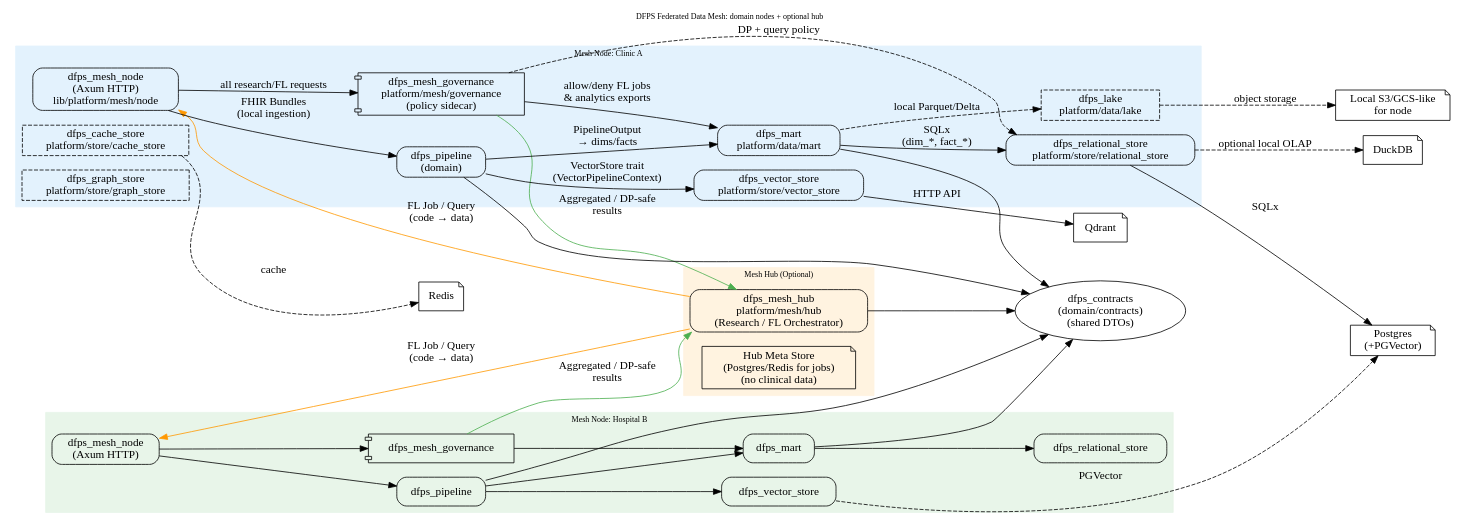
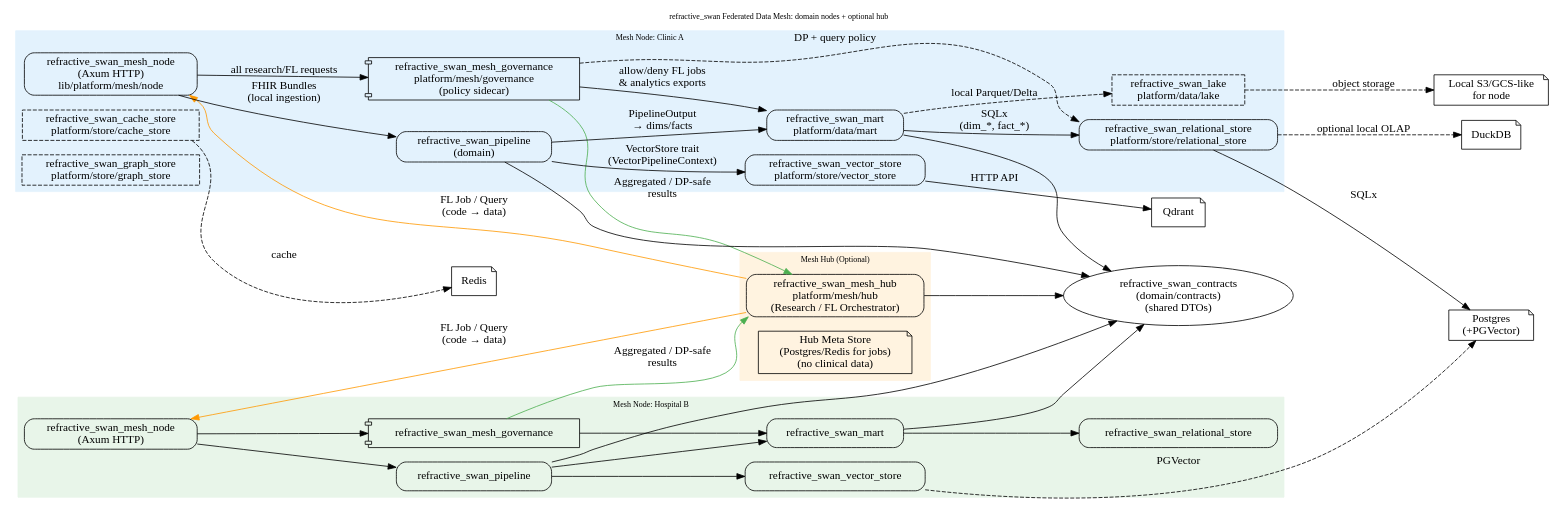
Before and after one commit to RefractiveSwan/monobase: the diagram in docs/system-design/base/current-architecture.dot, drawn with Graphviz. The commit also changed 337 other files, not shown here.

Commit message:
Changed everything to reflect current architecture

```diff
--- a/docs/system-design/base/current-architecture.dot
+++ b/docs/system-design/base/current-architecture.dot
@@ -1,101 +1,101 @@
-digraph DFPS_Mesh {
+digraph refractive_swan_Mesh {
     rankdir=LR;
     fontsize=10;
     labelloc="t";
-    label="DFPS Federated Data Mesh: domain nodes + optional hub";
+    label="refractive_swan Federated Data Mesh: domain nodes + optional hub";
 
     node [shape=box, style=rounded];
 
     // Mesh Hub (optional)
     subgraph cluster_hub {
         label="Mesh Hub (Optional)";
         style=filled;
         color="#fff3e0";
 
-        hub_api   [label="dfps_mesh_hub\nplatform/mesh/hub\n(Research / FL Orchestrator)"];
+        hub_api   [label="refractive_swan_mesh_hub\nplatform/mesh/hub\n(Research / FL Orchestrator)"];
         hub_store [label="Hub Meta Store\n(Postgres/Redis for jobs)\n(no clinical data)", shape=note];
     }
 
     // Node 1
     subgraph cluster_node1 {
         label="Mesh Node: Clinic A";
         style=filled;
         color="#e3f2fd";
 
-        node1_api    [label="dfps_mesh_node\n(Axum HTTP)\nlib/platform/mesh/node"];
-        node1_gov    [label="dfps_mesh_governance\nplatform/mesh/governance\n(policy sidecar)", shape=component];
+        node1_api    [label="refractive_swan_mesh_node\n(Axum HTTP)\nlib/platform/mesh/node"];
+        node1_gov    [label="refractive_swan_mesh_governance\nplatform/mesh/governance\n(policy sidecar)", shape=component];
 
-        node1_pipeline [label="dfps_pipeline\n(domain)"];
-        node1_mart     [label="dfps_mart\nplatform/data/mart"];
-        node1_rel      [label="dfps_relational_store\nplatform/store/relational_store"];
-        node1_vec      [label="dfps_vector_store\nplatform/store/vector_store"];
-        node1_cache    [label="dfps_cache_store\nplatform/store/cache_store", style=dashed];
-        node1_graph    [label="dfps_graph_store\nplatform/store/graph_store", style=dashed];
-        node1_lake     [label="dfps_lake\nplatform/data/lake", style=dashed];
+        node1_pipeline [label="refractive_swan_pipeline\n(domain)"];
+        node1_mart     [label="refractive_swan_mart\nplatform/data/mart"];
+        node1_rel      [label="refractive_swan_relational_store\nplatform/store/relational_store"];
+        node1_vec      [label="refractive_swan_vector_store\nplatform/store/vector_store"];
+        node1_cache    [label="refractive_swan_cache_store\nplatform/store/cache_store", style=dashed];
+        node1_graph    [label="refractive_swan_graph_store\nplatform/store/graph_store", style=dashed];
+        node1_lake     [label="refractive_swan_lake\nplatform/data/lake", style=dashed];
 
         node1_api -> node1_gov    [label="all research/FL requests"];
         node1_api -> node1_pipeline [label="FHIR Bundles\n(local ingestion)"];
         node1_pipeline -> node1_mart [label="PipelineOutput\n→ dims/facts"];
         node1_mart -> node1_rel     [label="SQLx\n(dim_*, fact_*)"];
 
         node1_pipeline -> node1_vec [label="VectorStore trait\n(VectorPipelineContext)"];
         node1_mart -> node1_lake    [label="local Parquet/Delta", style=dashed];
 
         node1_gov -> node1_mart     [label="allow/deny FL jobs\n& analytics exports"];
         node1_gov -> node1_rel      [label="DP + query policy", style=dashed];
     }
 
     // Node 2 (another domain)
     subgraph cluster_node2 {
         label="Mesh Node: Hospital B";
         style=filled;
         color="#e8f5e9";
 
-        node2_api    [label="dfps_mesh_node\n(Axum HTTP)"];
-        node2_gov    [label="dfps_mesh_governance", shape=component];
+        node2_api    [label="refractive_swan_mesh_node\n(Axum HTTP)"];
+        node2_gov    [label="refractive_swan_mesh_governance", shape=component];
 
-        node2_pipeline [label="dfps_pipeline"];
-        node2_mart     [label="dfps_mart"];
-        node2_rel      [label="dfps_relational_store"];
-        node2_vec      [label="dfps_vector_store"];
+        node2_pipeline [label="refractive_swan_pipeline"];
+        node2_mart     [label="refractive_swan_mart"];
+        node2_rel      [label="refractive_swan_relational_store"];
+        node2_vec      [label="refractive_swan_vector_store"];
 
         node2_api -> node2_gov;
         node2_api -> node2_pipeline;
         node2_pipeline -> node2_mart;
         node2_mart -> node2_rel;
         node2_pipeline -> node2_vec;
         node2_gov -> node2_mart;
     }
 
     // Contracts and domain shared types
-    contracts [label="dfps_contracts\n(domain/contracts)\n(shared DTOs)", shape=ellipse];
+    contracts [label="refractive_swan_contracts\n(domain/contracts)\n(shared DTOs)", shape=ellipse];
 
     node1_pipeline -> contracts;
     node2_pipeline -> contracts;
     node1_mart     -> contracts;
     node2_mart     -> contracts;
     hub_api        -> contracts;
 
     // Hub -> Nodes: send FL jobs (code) to nodes
     hub_api -> node1_api [label="FL Job / Query\n(code → data)", color="#ff9800"];
     hub_api -> node2_api [label="FL Job / Query\n(code → data)", color="#ff9800"];
 
     // Nodes -> Hub: send only aggregates
     node1_gov -> hub_api [label="Aggregated / DP-safe\nresults", color="#4caf50"];
     node2_gov -> hub_api [label="Aggregated / DP-safe\nresults", color="#4caf50"];
 
     // External engines per node (not shown exhaustively)
     qdrant   [label="Qdrant", shape=note];
     pg       [label="Postgres\n(+PGVector)", shape=note];
     duckdb   [label="DuckDB", shape=note];
     redis    [label="Redis", shape=note];
     s3       [label="Local S3/GCS-like\nfor node", shape=note];
 
     node1_vec -> qdrant  [label="HTTP API"];
     node1_rel -> pg      [label="SQLx"];
     node1_rel -> duckdb  [label="optional local OLAP", style=dashed];
     node1_cache -> redis [label="cache", style=dashed];
     node1_lake -> s3     [label="object storage", style=dashed];
 
     node2_vec -> pg      [label="PGVector", style=dashed];
 }
```
